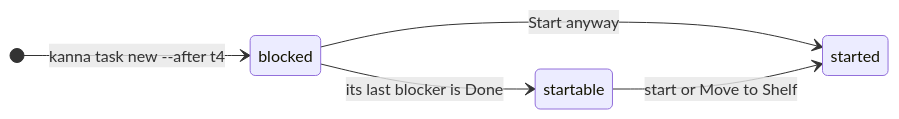
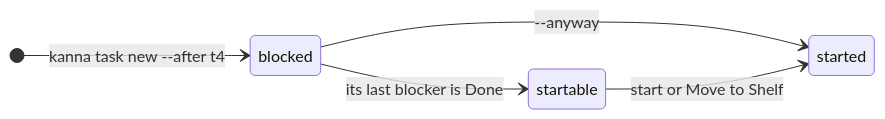
One commit to jemdiggity/kanna-v4 changed the first of 2 diagrams in docs/specs/task-dependencies.md. Above: the diagram before and after it, drawn with Mermaid. The commit also changed other lines of this file and 7 other files, not shown here.

Commit message:
No Start anyway in the app: a blocked backlog row says Blocked and only kanna task start/shelve --anyway (the planning agent, when asked) starts it; mockup, pictures and specs; the daemon's blocked message leaves the hint to the CLI

````diff
--- a/docs/specs/task-dependencies.md
+++ b/docs/specs/task-dependencies.md
@@ -18,8 +18,8 @@
 ```mermaid
 stateDiagram-v2
     direction LR
     [*] --> blocked: kanna task new --after t4
     blocked --> startable: its last blocker is Done
-    blocked --> started: Start anyway
+    blocked --> started: --anyway
     startable --> started: start or Move to Shelf
 ```
````
